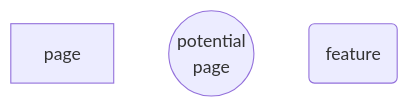
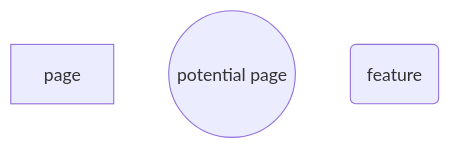
Before and after one commit to mozzius/arbitra: the first of 6 diagrams in docs/Arbitra.md, drawn with Mermaid. The commit also changed other lines of this file, not shown here.

````diff
--- a/docs/Arbitra.md
+++ b/docs/Arbitra.md
@@ -1489,6 +1501,6 @@
 ```mermaid
 graph TD
 	page
-	maybe((potential<br />page))
+	maybe((potential page))
 	idea(feature)
 ```
````
